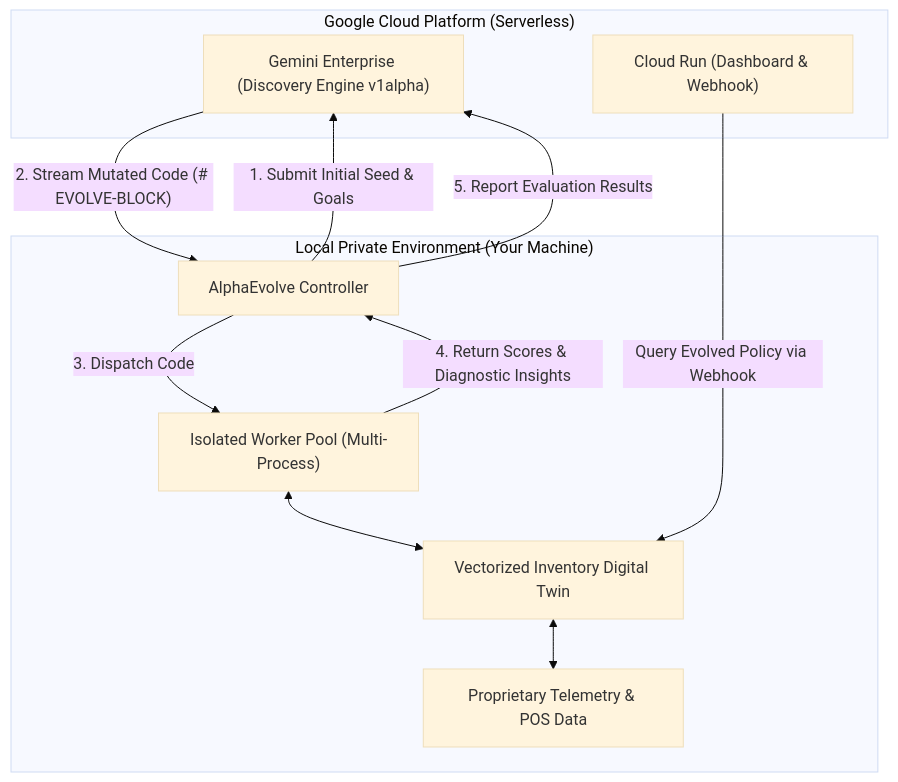
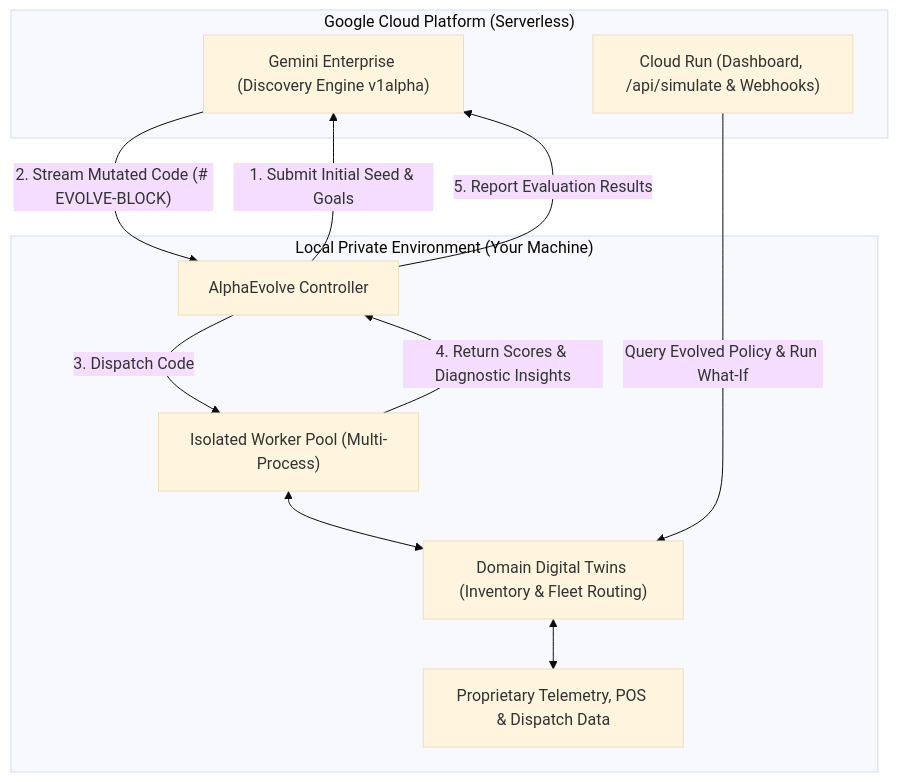
The diagram in docs/USER_GUIDE.md (tottenjordan/alpha-primer), drawn with Mermaid (base theme) before and after one commit. The commit also changed other lines of this file and 1 other file, not shown here.

Commit message:
docs: sync README and user guide with Fleet Routing, 2D topology map, and live API endpoints (#33)

````diff
--- a/docs/USER_GUIDE.md
+++ b/docs/USER_GUIDE.md
@@ -17,23 +17,23 @@
 ```mermaid
 flowchart TD
     subgraph Cloud["Google Cloud Platform (Serverless)"]
         GE["Gemini Enterprise (Discovery Engine v1alpha)"]
-        CR["Cloud Run (Dashboard & Webhook)"]
+        CR["Cloud Run (Dashboard, /api/simulate & Webhooks)"]
     end
 
     subgraph Local["Local Private Environment (Your Machine)"]
         CTL["AlphaEvolve Controller"]
         WP["Isolated Worker Pool (Multi-Process)"]
-        DT["Vectorized Inventory Digital Twin"]
-        DATA["Proprietary Telemetry & POS Data"]
+        DT["Domain Digital Twins (Inventory & Fleet Routing)"]
+        DATA["Proprietary Telemetry, POS & Dispatch Data"]
     end
 
     CTL -- "1. Submit Initial Seed & Goals" --> GE
     GE -- "2. Stream Mutated Code (# EVOLVE-BLOCK)" --> CTL
     CTL -- "3. Dispatch Code" --> WP
     WP <--> DT
     DT <--> DATA
     WP -- "4. Return Scores & Diagnostic Insights" --> CTL
     CTL -- "5. Report Evaluation Results" --> GE
-    CR -- "Query Evolved Policy via Webhook" --> DT
+    CR -- "Query Evolved Policy & Run What-If" --> DT
 ```
````
